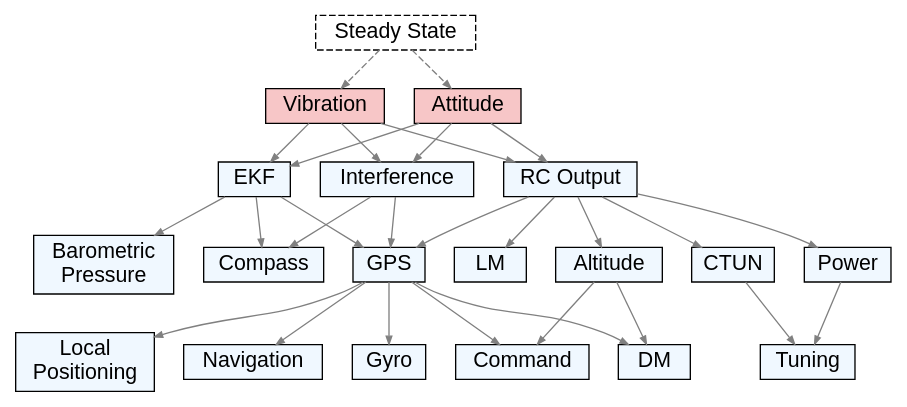
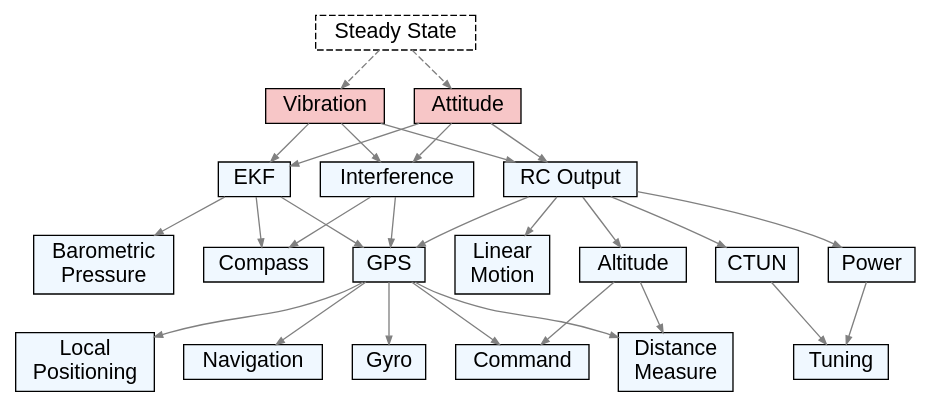
One commit to SAREC-Lab/sUAS-UseCases changed the diagram in canary-graphviz.gv. Above: the diagram before and after it, drawn with Graphviz.

```diff
--- a/canary-graphviz.gv
+++ b/canary-graphviz.gv
@@ -1,39 +1,39 @@
 digraph CanaryTree {
     node [shape=rect, style=filled, fontname="Helvetica", fontsize=16, fillcolor="#F0F8FF", color="black", fixedsize=false, height=0.2]; // Default pale blue-gray fill
     edge [fontname="Helvetica", fontsize=14, arrowsize=0.6, color="gray"];  // Reduced arrowhead size and gray color
     ranksep=.4
     nodesep=.3
 
     // Nodes
     L0_Steady [label="Steady State",style="dashed"]
     L1_Vibration [label="Vibration", fillcolor="#F7C6C7"];  // Warm coral
     L1_Attitude [label="Attitude", fillcolor="#F7C6C7"];  // Warm coral
     L2_EKF [label="EKF"];
     L2_Interference [label="Interference"];
     L2_RCOutput [label="RC Output"];
     L3_Pressure [label="Barometric\nPressure"];
     L3_Compass [label="Compass"];
     L3_GPS [label="GPS"];
-    L3_LM [label="LM"];
+    L3_LM [label="Linear\nMotion"];
     L3_Alt [label="Altitude"];
     L3_Power [label="Power"];
     L3_CTUN [label="CTUN"];
     L4_LP [label="Local\nPositioning"];
     L4_Nav [label="Navigation"];
     L4_Gyro [label="Gyro"];
     L4_Command [label="Command"];
-    L4_DM [label="DM"];
+    L4_DM [label="Distance\nMeasure"];
     L4_Tuning [label="Tuning"];
 
     // Connections
     L0_Steady -> {L1_Vibration, L1_Attitude} [style="dashed"]
     L1_Vibration -> {L2_EKF, L2_Interference, L2_RCOutput}
     L1_Attitude -> {L2_EKF, L2_Interference, L2_RCOutput}
     L2_EKF -> {L3_Pressure, L3_Compass, L3_GPS}
     L2_Interference -> {L3_Compass, L3_GPS}
     L2_RCOutput -> {L3_GPS, L3_LM, L3_Alt, L3_Power, L3_CTUN}
     L3_GPS -> {L4_LP, L4_Nav, L4_Gyro, L4_Command, L4_DM}
     L3_Alt -> {L4_Command, L4_DM}
     L3_Power -> L4_Tuning
     L3_CTUN -> L4_Tuning
 }
```
